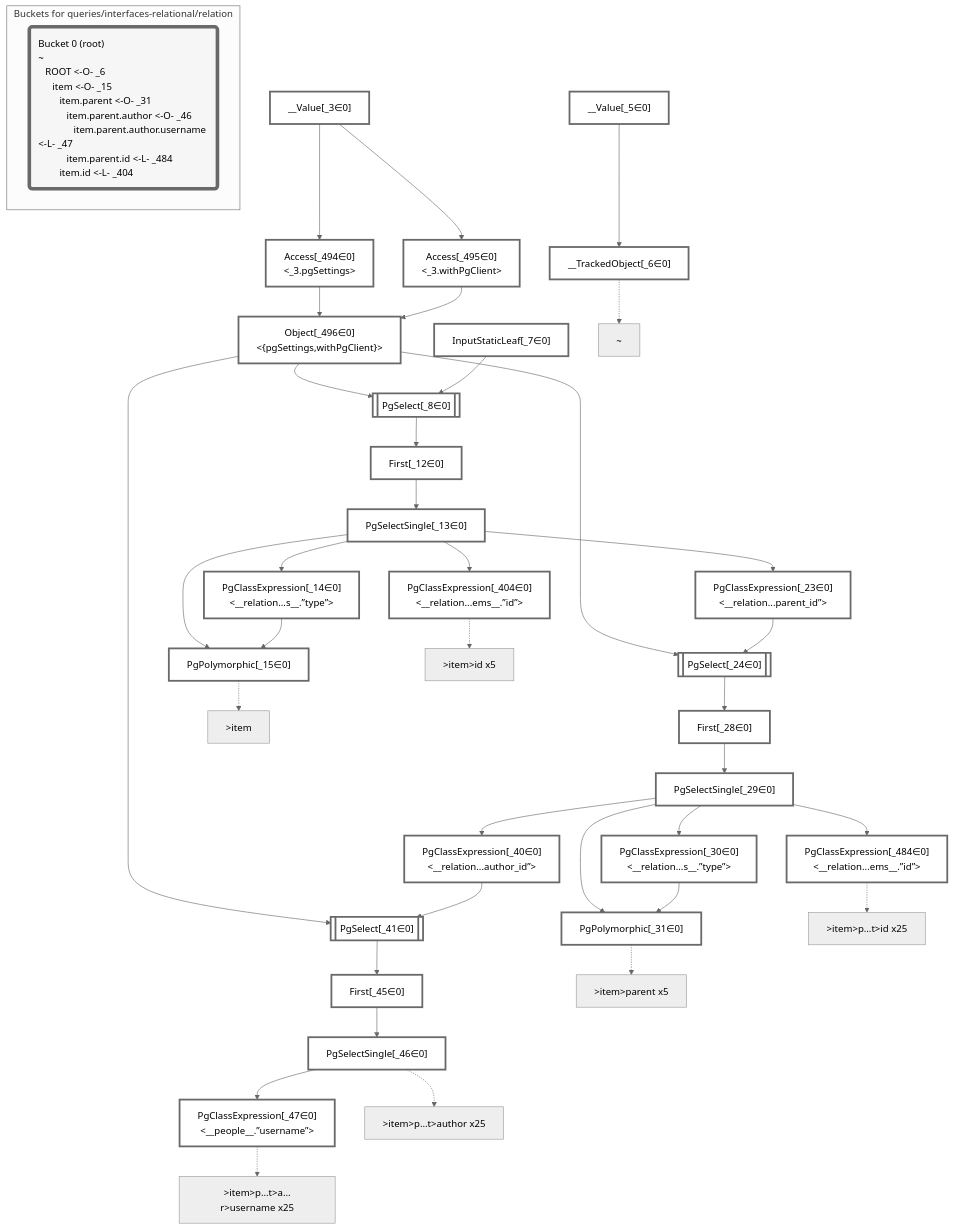
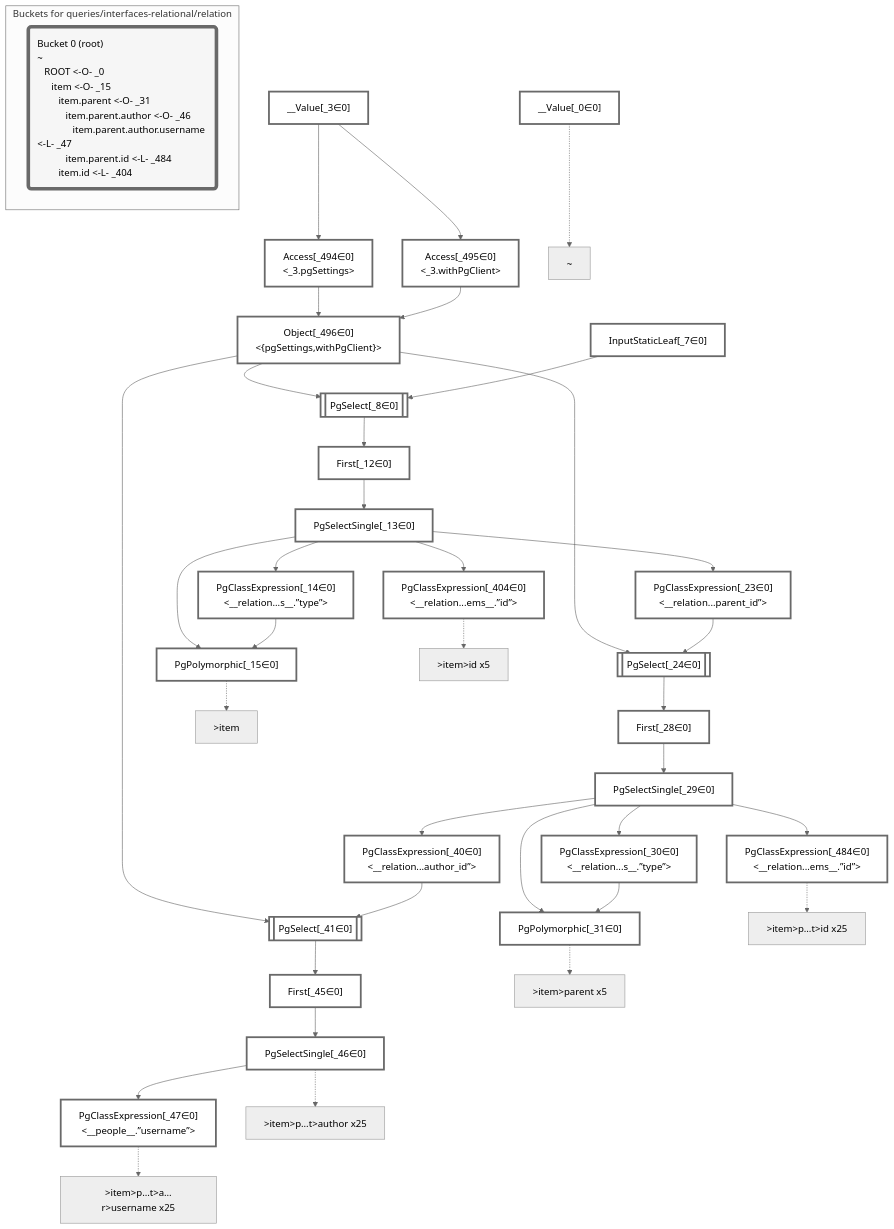
One commit to graphile/crystal changed the diagram in packages/dataplan-pg/__tests__/queries/interfaces-relational/relation.deopt.mermaid.md. Above: the diagram before and after it, drawn with Mermaid (neutral theme). The commit also changed 193 other files, not shown here.

Commit message:
Update test plan snapshots with new root plan

````diff
--- a/packages/dataplan-pg/__tests__/queries/interfaces-relational/relation.deopt.mermaid.md
+++ b/packages/dataplan-pg/__tests__/queries/interfaces-relational/relation.deopt.mermaid.md
@@ -8,9 +8,8 @@
 
 
     %% define plans
+    __Value_0["__Value[_0∈0]"]:::plan
     __Value_3["__Value[_3∈0]<br /><context>"]:::plan
-    __Value_5["__Value[_5∈0]<br /><rootValue>"]:::plan
-    __TrackedObject_6["__TrackedObject[_6∈0]"]:::plan
     InputStaticLeaf_7["InputStaticLeaf[_7∈0]"]:::plan
     PgSelect_8[["PgSelect[_8∈0]<br /><relational_items>"]]:::plan
     First_12["First[_12∈0]"]:::plan
@@ -35,7 +34,6 @@
     Object_496["Object[_496∈0]<br /><{pgSettings,withPgClient}>"]:::plan
 
     %% plan dependencies
-    __Value_5 --> __TrackedObject_6
     Object_496 --> PgSelect_8
     InputStaticLeaf_7 --> PgSelect_8
     PgSelect_8 --> First_12
@@ -65,8 +63,8 @@
     Access_495 --> Object_496
 
     %% plan-to-path relationships
-    P_6["~"]
-    __TrackedObject_6 -.-> P_6
+    P_0["~"]
+    __Value_0 -.-> P_0
     P_15[">item"]
     PgPolymorphic_15 -.-> P_15
     P_31[">item>parent x5"]
@@ -82,10 +80,10 @@
 
     %% allocate buckets
     classDef bucket0 stroke:#696969
-    class __Value_3,__Value_5,__TrackedObject_6,InputStaticLeaf_7,PgSelect_8,First_12,PgSelectSingle_13,PgClassExpression_14,PgPolymorphic_15,PgClassExpression_23,PgSelect_24,First_28,PgSelectSingle_29,PgClassExpression_30,PgPolymorphic_31,PgClassExpression_40,PgSelect_41,First_45,PgSelectSingle_46,PgClassExpression_47,PgClassExpression_404,PgClassExpression_484,Access_494,Access_495,Object_496 bucket0
+    class __Value_0,__Value_3,InputStaticLeaf_7,PgSelect_8,First_12,PgSelectSingle_13,PgClassExpression_14,PgPolymorphic_15,PgClassExpression_23,PgSelect_24,First_28,PgSelectSingle_29,PgClassExpression_30,PgPolymorphic_31,PgClassExpression_40,PgSelect_41,First_45,PgSelectSingle_46,PgClassExpression_47,PgClassExpression_404,PgClassExpression_484,Access_494,Access_495,Object_496 bucket0
 
     subgraph "Buckets for queries/interfaces-relational/relation"
-    Bucket0("Bucket 0 (root)<br />~<br />⠀ROOT <-O- _6<br />⠀⠀item <-O- _15<br />⠀⠀⠀item.parent <-O- _31<br />⠀⠀⠀⠀item.parent.author <-O- _46<br />⠀⠀⠀⠀⠀item.parent.author.username <-L- _47<br />⠀⠀⠀⠀item.parent.id <-L- _484<br />⠀⠀⠀item.id <-L- _404"):::bucket
+    Bucket0("Bucket 0 (root)<br />~<br />⠀ROOT <-O- _0<br />⠀⠀item <-O- _15<br />⠀⠀⠀item.parent <-O- _31<br />⠀⠀⠀⠀item.parent.author <-O- _46<br />⠀⠀⠀⠀⠀item.parent.author.username <-L- _47<br />⠀⠀⠀⠀item.parent.id <-L- _484<br />⠀⠀⠀item.id <-L- _404"):::bucket
     style Bucket0 stroke:#696969
     end
 ```
````
